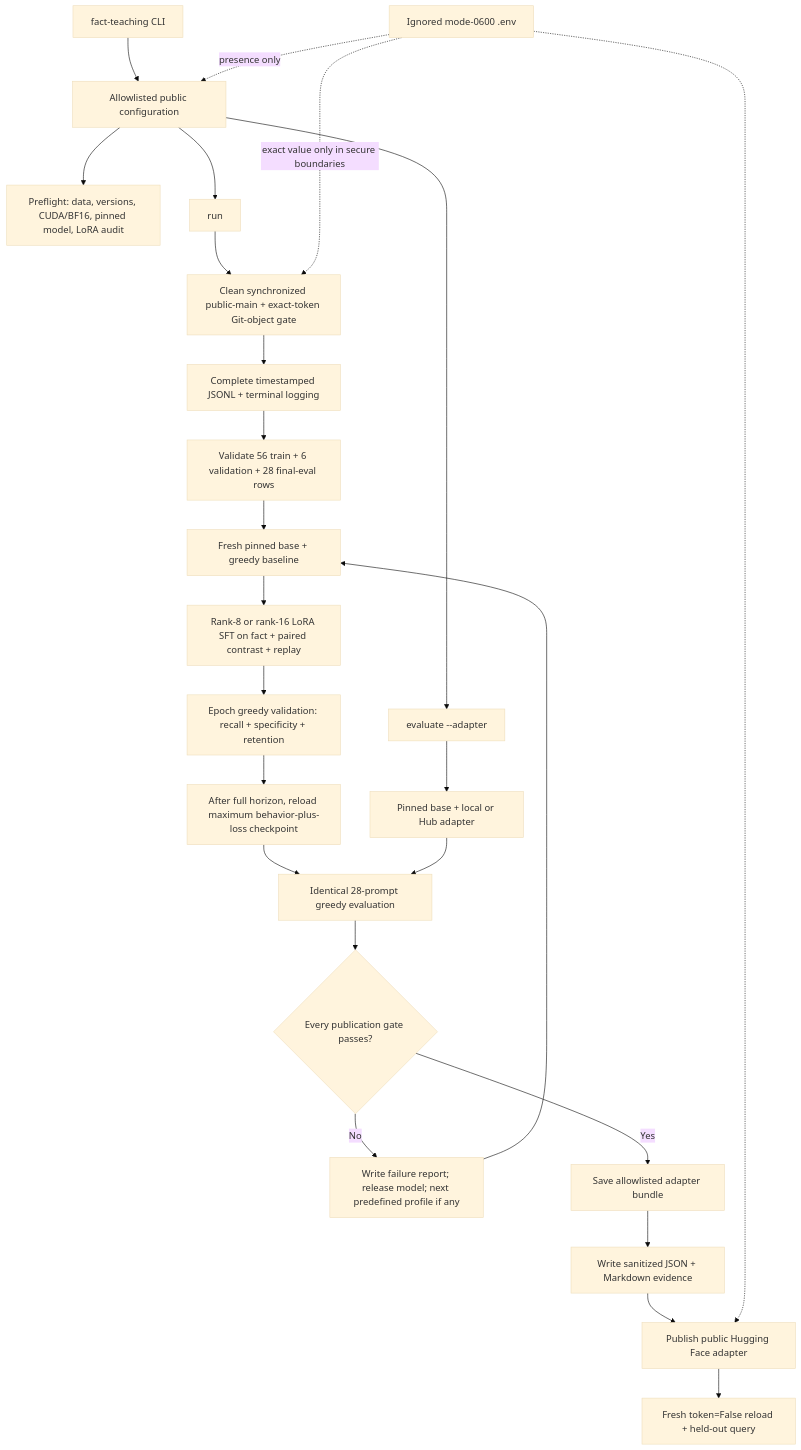
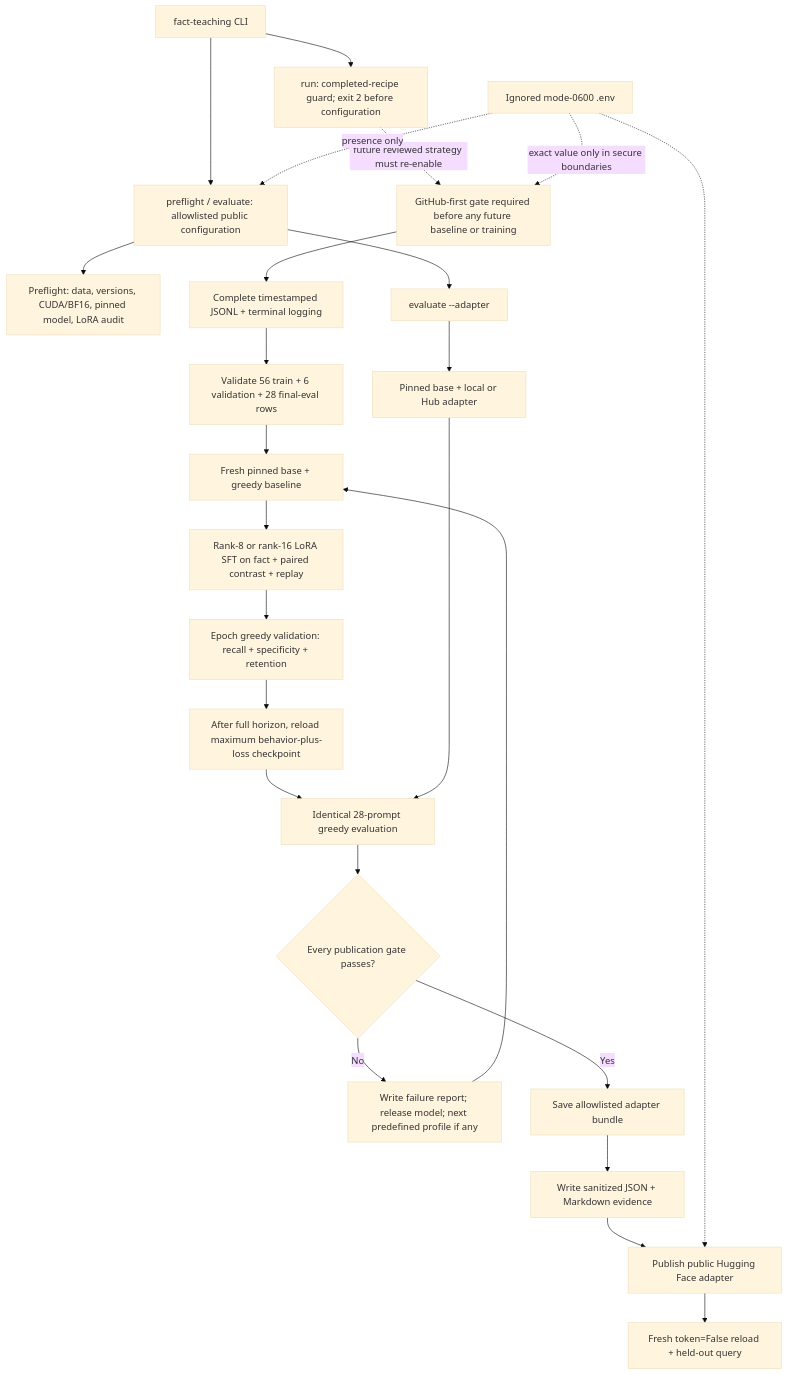
The diagram in README.md (BurnyCoder/fact-teaching), drawn with Mermaid (base theme) before and after one commit. The commit also changed other lines of this file, not shown here.

Commit message:
docs: align architecture with completed guard

````diff
--- a/README.md
+++ b/README.md
@@ -34,27 +34,27 @@
 ```mermaid
 flowchart TD
-    CLI["fact-teaching CLI"] --> CFG["Allowlisted public configuration"]
+    CLI["fact-teaching CLI"] --> GUARD["run: completed-recipe guard; exit 2 before configuration"]
+    CLI --> CFG["preflight / evaluate: allowlisted public configuration"]
     CFG --> PREFLIGHT["Preflight: data, versions, CUDA/BF16, pinned model, LoRA audit"]
-    CFG --> RUN["run"]
-    RUN --> GATE["Clean synchronized public-main + exact-token Git-object gate"]
+    GUARD -. "future reviewed strategy must re-enable" .-> GATE["GitHub-first gate required before any future baseline or training"]
     GATE --> LOG["Complete timestamped JSONL + terminal logging"]
     LOG --> DATA["Validate 56 train + 6 validation + 28 final-eval rows"]
     DATA --> BASE["Fresh pinned base + greedy baseline"]
     BASE --> TRAIN["Rank-8 or rank-16 LoRA SFT on fact + paired contrast + replay"]
     TRAIN --> VAL["Epoch greedy validation: recall + specificity + retention"]
     VAL --> BEST["After full horizon, reload maximum behavior-plus-loss checkpoint"]
     BEST --> TUNED["Identical 28-prompt greedy evaluation"]
     TUNED --> ACCEPT{"Every publication gate passes?"}
     ACCEPT -->|"No"| NEXT["Write failure report; release model; next predefined profile if any"]
     NEXT --> BASE
     ACCEPT -->|"Yes"| SAVE["Save allowlisted adapter bundle"]
     SAVE --> REPORT["Write sanitized JSON + Markdown evidence"]
     REPORT --> HUB["Publish public Hugging Face adapter"]
     HUB --> VERIFY["Fresh token=False reload + held-out query"]
     CFG --> EVAL["evaluate --adapter"]
     EVAL --> EXISTING["Pinned base + local or Hub adapter"]
     EXISTING --> TUNED
     ENV["Ignored mode-0600 .env"] -. "presence only" .-> CFG
     ENV -. "exact value only in secure boundaries" .-> GATE
     ENV -.-> HUB
 ```
````
